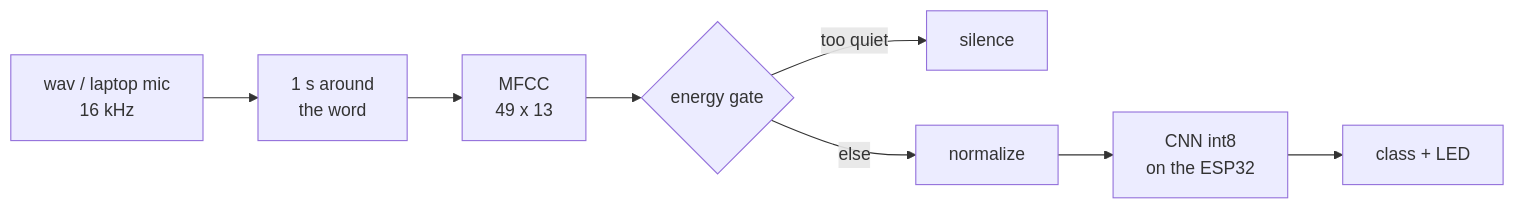
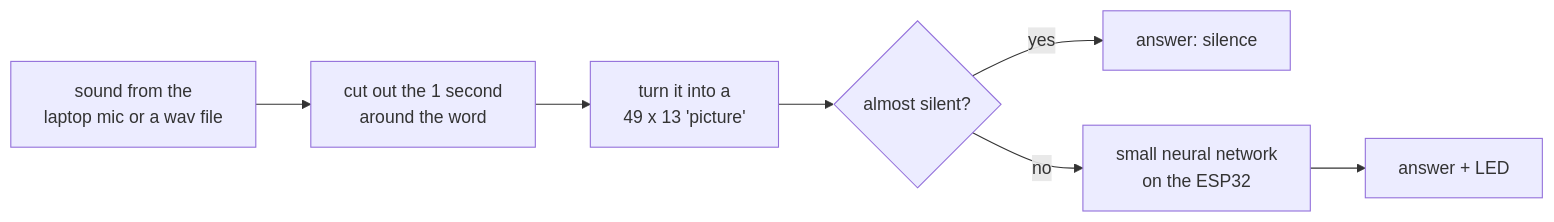
The diagram in README.md (MohammadMahdiFaraji/esp32-keyword-spotting), drawn with Mermaid before and after one commit. The commit also changed other lines of this file and 4 other files, not shown here.

````diff
--- a/README.md
+++ b/README.md
@@ -82,10 +74,9 @@
 ```mermaid
 flowchart LR
-    A[wav / laptop mic<br/>16 kHz] --> B[1 s around<br/>the word]
-    B --> C[MFCC<br/>49 x 13]
-    C --> G{energy gate}
-    G -- too quiet --> S[silence]
-    G -- else --> D[normalize]
-    D --> E[CNN int8<br/>on the ESP32]
-    E --> F[class + LED]
+    A[sound from the<br/>laptop mic or a wav file] --> B[cut out the 1 second<br/>around the word]
+    B --> C[turn it into a<br/>49 x 13 'picture']
+    C --> G{almost silent?}
+    G -- yes --> S[answer: silence]
+    G -- no --> E[small neural network<br/>on the ESP32]
+    E --> F[answer + LED]
 ```
````
